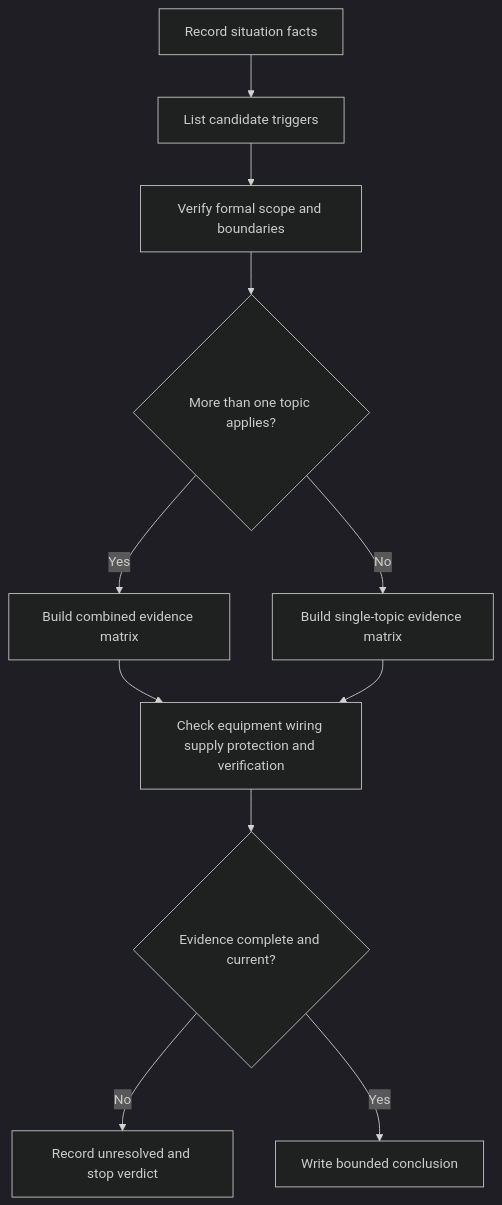
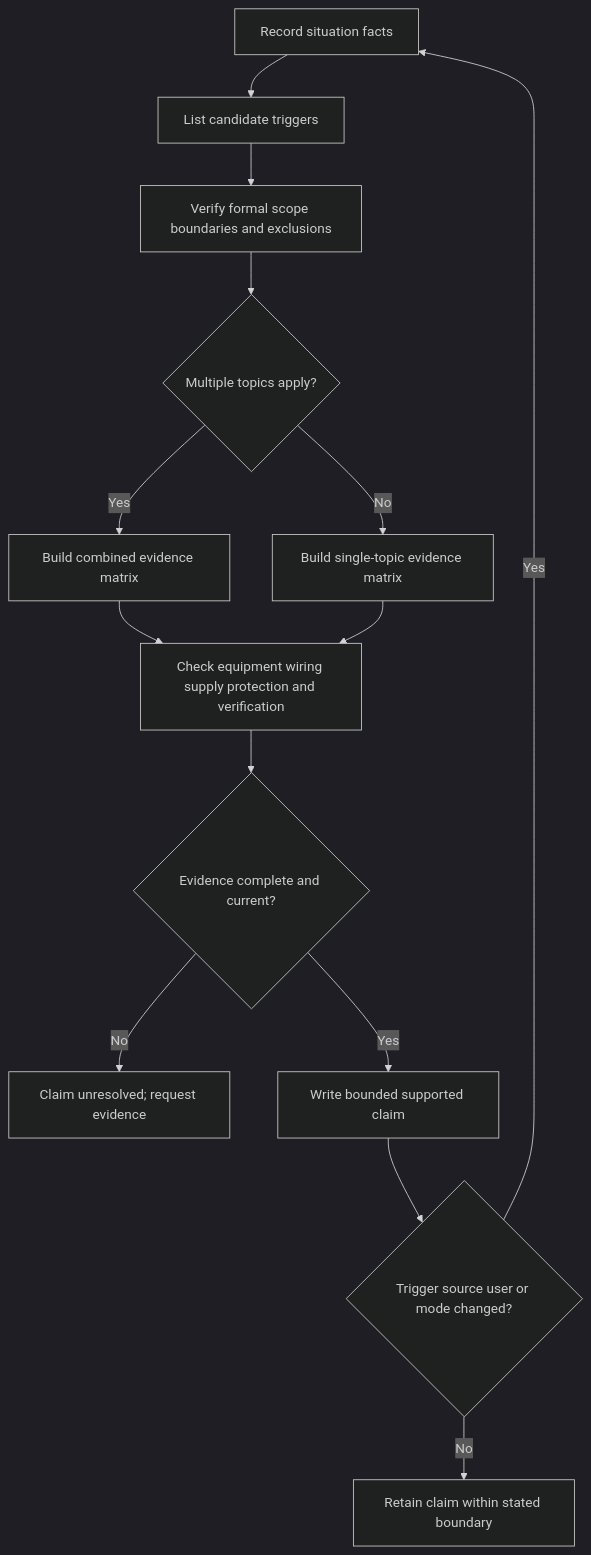
The first of 2 diagrams in docs/learning-plans/4-week/modules/day-18-other-special-installations-and-locations.md (andrew3stedall/capstone), drawn with Mermaid (dark theme) before and after one commit. The commit also changed other lines of this file, not shown here.

````diff
--- a/docs/learning-plans/4-week/modules/day-18-other-special-installations-and-locations.md
+++ b/docs/learning-plans/4-week/modules/day-18-other-special-installations-and-locations.md
@@ -127,13 +113,16 @@
 ```mermaid
 flowchart TD
     A["Record situation facts"] --> B["List candidate triggers"]
-    B --> C["Verify formal scope and boundaries"]
-    C --> D{"More than one topic applies?"}
-    D -- Yes --> E["Build combined evidence matrix"]
-    D -- No --> F["Build single-topic evidence matrix"]
+    B --> C["Verify formal scope boundaries and exclusions"]
+    C --> D{"Multiple topics apply?"}
+    D -->|"Yes"| E["Build combined evidence matrix"]
+    D -->|"No"| F["Build single-topic evidence matrix"]
     E --> G["Check equipment wiring supply protection and verification"]
     F --> G
     G --> H{"Evidence complete and current?"}
-    H -- No --> I["Record unresolved and stop verdict"]
-    H -- Yes --> J["Write bounded conclusion"]
+    H -->|"No"| I["Claim unresolved; request evidence"]
+    H -->|"Yes"| J["Write bounded supported claim"]
+    J --> K{"Trigger source user or mode changed?"}
+    K -->|"Yes"| A
+    K -->|"No"| L["Retain claim within stated boundary"]
 ```
````
